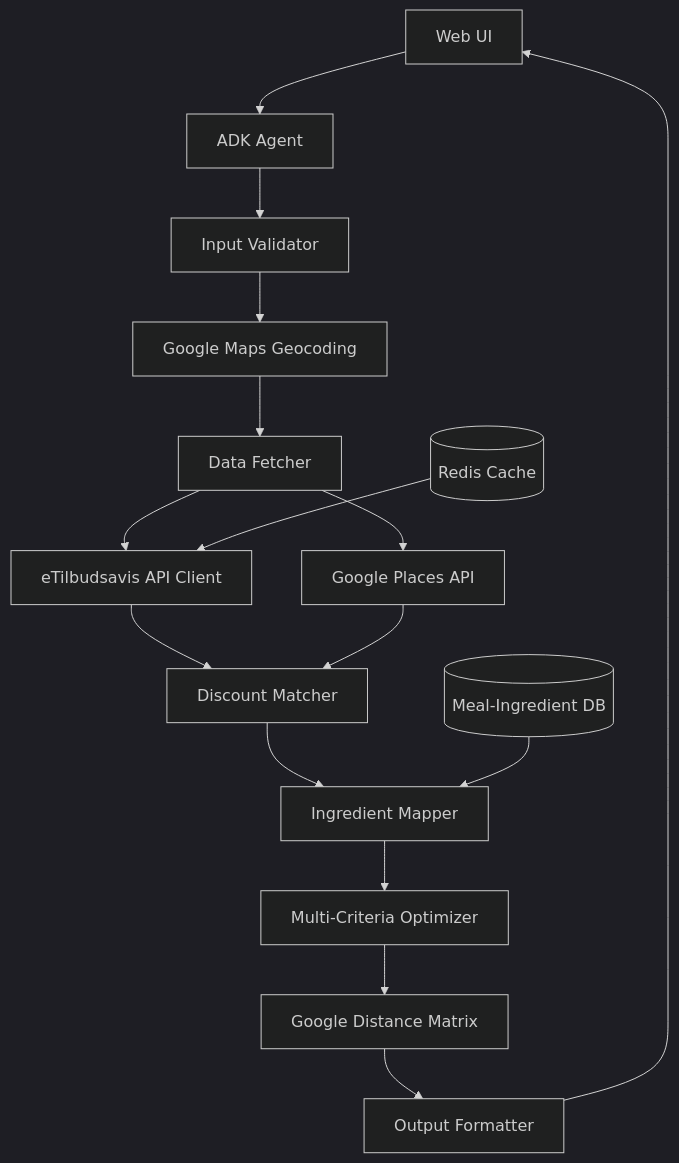
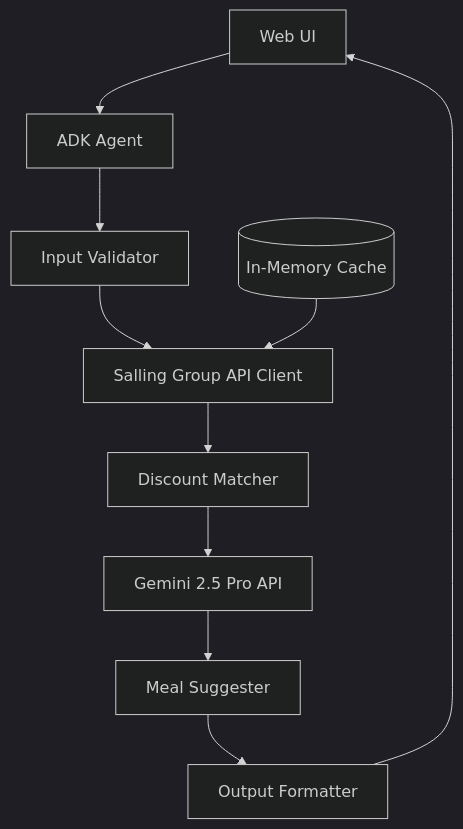
Before and after one commit to marcelsafin/dicountOptimizer: the diagram in .kiro/specs/shopping-optimizer/design.md, drawn with Mermaid (dark theme). The commit also changed other lines of this file and 15 other files, not shown here.

First line of the commit message:
feat(discount-optimizer): Implement Salling Group food waste API integration

````diff
--- a/.kiro/specs/shopping-optimizer/design.md
+++ b/.kiro/specs/shopping-optimizer/design.md
@@ -13,22 +13,15 @@
 ```mermaid
 graph TB
     UI[Web UI] --> Agent[ADK Agent]
     Agent --> InputValidator[Input Validator]
-    InputValidator --> GeocodingService[Google Maps Geocoding]
-    GeocodingService --> DataFetcher[Data Fetcher]
+    InputValidator --> SallingAPI[Salling Group API Client]
     
-    DataFetcher --> ETilbudsavisAPI[eTilbudsavis API Client]
-    DataFetcher --> GooglePlaces[Google Places API]
+    SallingAPI --> DiscountMatcher[Discount Matcher]
+    DiscountMatcher --> GeminiAPI[Gemini 2.5 Pro API]
     
-    ETilbudsavisAPI --> DiscountMatcher[Discount Matcher]
-    GooglePlaces --> DiscountMatcher
-    
-    DiscountMatcher --> IngredientMapper[Ingredient Mapper]
-    IngredientMapper --> Optimizer[Multi-Criteria Optimizer]
-    Optimizer --> DistanceCalculator[Google Distance Matrix]
-    DistanceCalculator --> OutputFormatter[Output Formatter]
+    GeminiAPI --> MealSuggester[Meal Suggester]
+    MealSuggester --> OutputFormatter[Output Formatter]
     OutputFormatter --> UI
     
-    Cache[(Redis Cache)] --> ETilbudsavisAPI
-    MealDatabase[(Meal-Ingredient DB)] --> IngredientMapper
+    Cache[(In-Memory Cache)] --> SallingAPI
 ```
````
